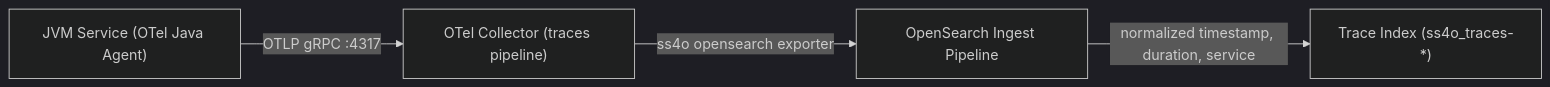
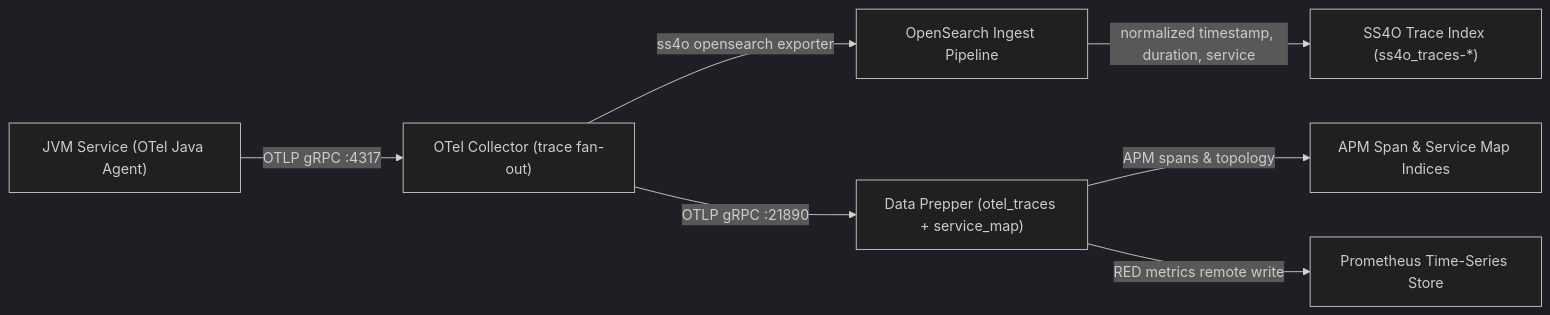
Before and after one commit to PawelBalcerek/observe-it: the second of 2 diagrams in docs/guides/distributed-tracing.md, drawn with Mermaid (dark theme). The commit also changed other lines of this file and 13 other files, not shown here.

````diff
--- a/docs/guides/distributed-tracing.md
+++ b/docs/guides/distributed-tracing.md
@@ -182,6 +181,9 @@
 ```mermaid
 flowchart LR
-    App["JVM Service (OTel Java Agent)"] -->|"OTLP gRPC :4317"| Col["OTel Collector (traces pipeline)"]
+    App["JVM Service (OTel Java Agent)"] -->|"OTLP gRPC :4317"| Col["OTel Collector (trace fan-out)"]
     Col -->|"ss4o opensearch exporter"| Pipe["OpenSearch Ingest Pipeline"]
-    Pipe -->|"normalized timestamp, duration, service"| Idx["Trace Index (ss4o_traces-*)"]
+    Pipe -->|"normalized timestamp, duration, service"| Idx["SS4O Trace Index (ss4o_traces-*)"]
+    Col -->|"OTLP gRPC :21890"| DP["Data Prepper (otel_traces + service_map)"]
+    DP -->|"APM spans & topology"| ApmIdx["APM Span & Service Map Indices"]
+    DP -->|"RED metrics remote write"| Prom["Prometheus Time-Series Store"]
 ```
````
